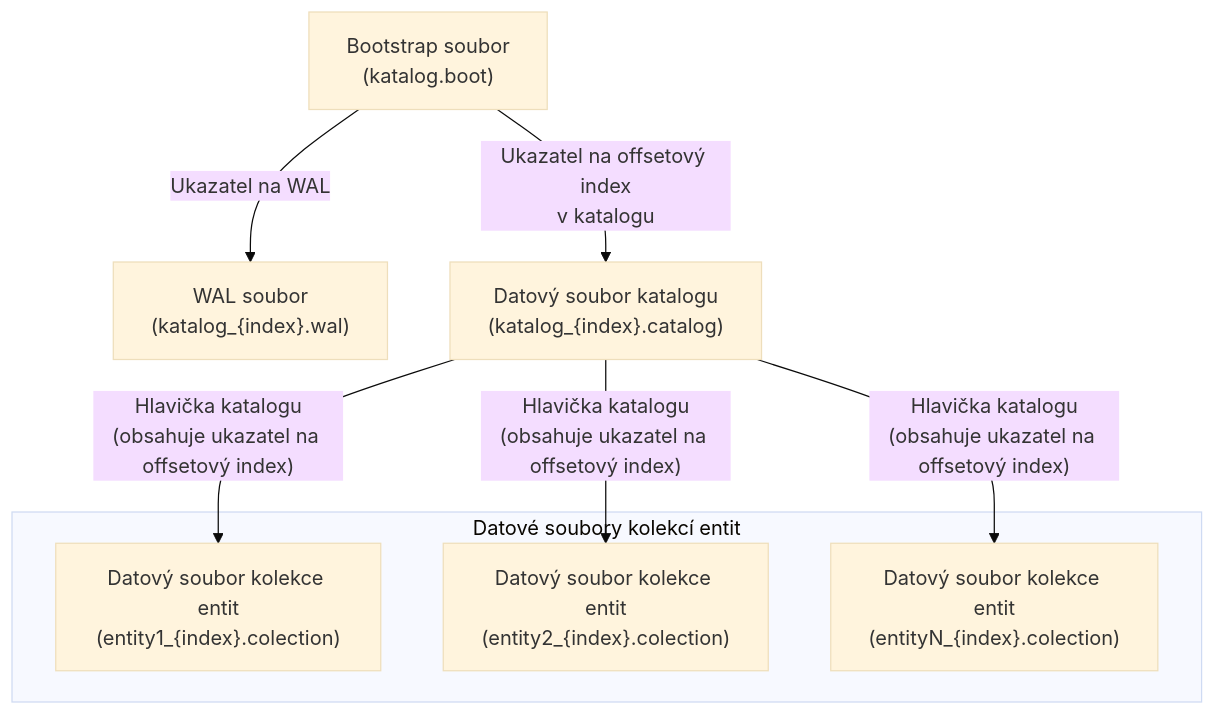
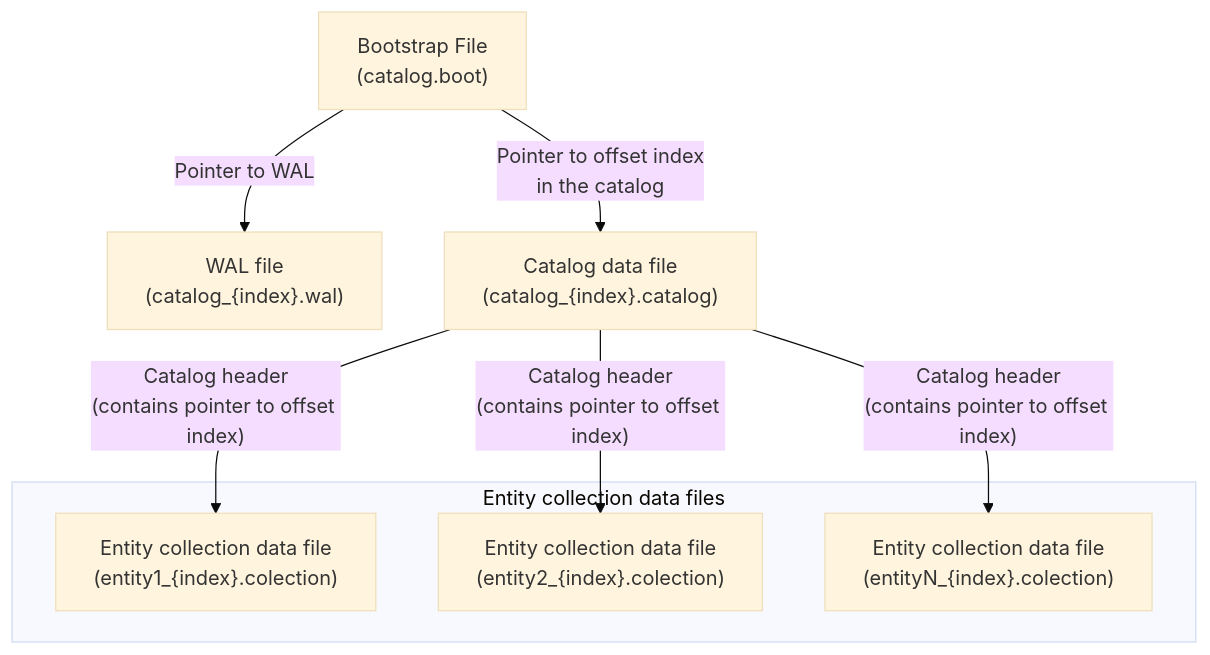
The diagram in documentation/user/cs/deep-dive/storage-model.md (FgForrest/evitaDB), drawn with Mermaid (base theme) before and after one commit. The commit also changed other lines of this file and 70 other files, not shown here.

````diff
--- a/documentation/user/cs/deep-dive/storage-model.md
+++ b/documentation/user/cs/deep-dive/storage-model.md
@@ -22,15 +20,15 @@
 ```mermaid
 flowchart TD
-    A["Bootstrap soubor\n(katalog.boot)"] -->|"Ukazatel na WAL"| B["WAL soubor\n(katalog_{index}.wal)"]
-    A -->|"Ukazatel na offsetový index\nv katalogu"| C["Datový soubor katalogu\n(katalog_{index}.catalog)"]
+A["Bootstrap File\n(catalog.boot)"] -->|"Pointer to WAL"| B["WAL file\n(catalog_{index}.wal)"]
+A -->|"Pointer to offset index\nin the catalog"| C["Catalog data file\n(catalog_{index}.catalog)"]
 
-    subgraph S["Datové soubory kolekcí entit"]
-        D1["Datový soubor kolekce entit\n(entity1_{index}.colection)"]
-        D2["Datový soubor kolekce entit\n(entity2_{index}.colection)"]
-        Dn["Datový soubor kolekce entit\n(entityN_{index}.colection)"]
+    subgraph S["Entity collection data files"]
+        D1["Entity collection data file\n(entity1_{index}.colection)"]
+        D2["Entity collection data file\n(entity2_{index}.colection)"]
+        Dn["Entity collection data file\n(entityN_{index}.colection)"]
     end
 
-    C -->|"Hlavička katalogu\n(obsahuje ukazatel na offsetový index)"| D1
-    C -->|"Hlavička katalogu\n(obsahuje ukazatel na offsetový index)"| D2
-    C -->|"Hlavička katalogu\n(obsahuje ukazatel na offsetový index)"| Dn
+    C -->|"Catalog header\n(contains pointer to offset index)"| D1
+    C -->|"Catalog header\n(contains pointer to offset index)"| D2
+    C -->|"Catalog header\n(contains pointer to offset index)"| Dn
 ```
````
